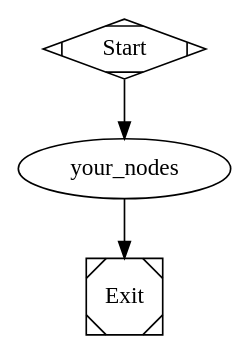
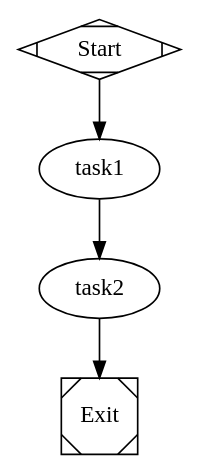
The second of 7 diagrams in README.md (rkinder/attractor), drawn with Graphviz before and after one commit. The commit also changed other lines of this file and 8 other files, not shown here.

````diff
--- a/README.md
+++ b/README.md
@@ -81,11 +120,11 @@
 ```dot
-digraph MyPipeline {
-    graph [goal="Your pipeline goal"]
+digraph MyWorkflow {
+    graph [goal="Your workflow objective"]
     
-    start [shape=Mdiamond, label="Start"]  // Required start node
-    exit  [shape=Msquare, label="Exit"]   // Required exit node
+    start [shape=Mdiamond, label="Start"]  // Required
+    exit  [shape=Msquare, label="Exit"]   // Required
     
-    // Your workflow nodes here
-    start -> your_nodes -> exit
+    // Your workflow nodes
+    start -> task1 -> task2 -> exit
 }
 ```
````
